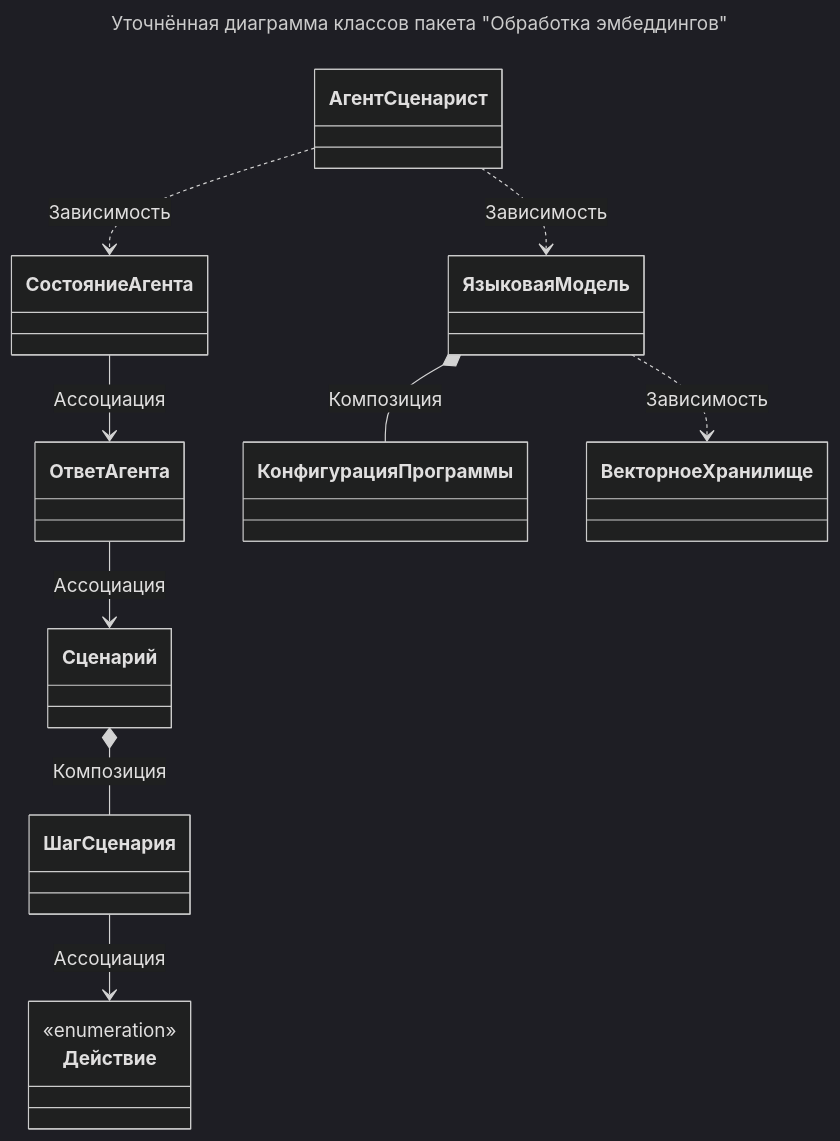
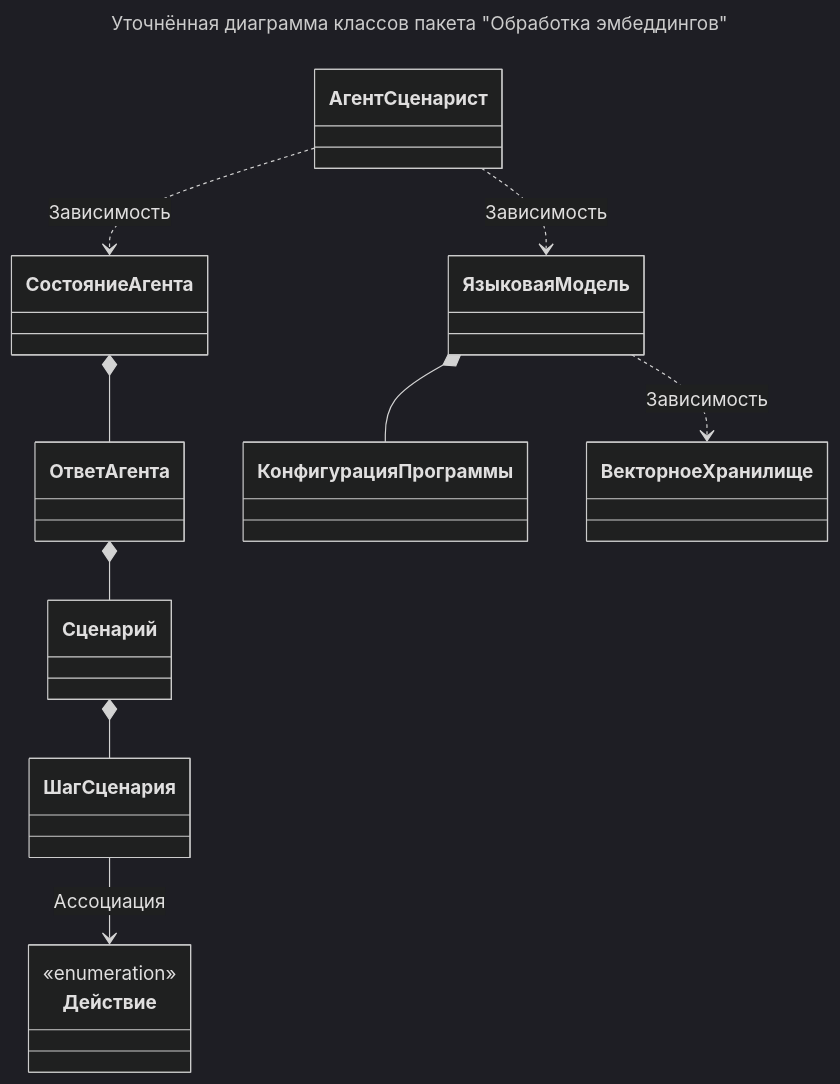
One commit to CHSU-scenarAIst/diagrammy changed the second of 2 diagrams in Пакет Обработка эмбеддингов/3. Уточнённая диаграмма классов.md. Above: the diagram before and after it, drawn with Mermaid (dark theme). The commit also changed 18 other files, not shown here.

````diff
--- a/Пакет Обработка эмбеддингов/3. Уточнённая диаграмма классов.md
+++ b/Пакет Обработка эмбеддингов/3. Уточнённая диаграмма классов.md
@@ -45,18 +45,18 @@
 ```mermaid
 ---
 title: Уточнённая диаграмма классов пакета "Обработка эмбеддингов"
 ---
 classDiagram
     АгентСценарист ..> ЯзыковаяМодель : Зависимость
     АгентСценарист ..> СостояниеАгента : Зависимость
-    СостояниеАгента --> ОтветАгента : Ассоциация
-    ОтветАгента --> Сценарий : Ассоциация
-    Сценарий *-- ШагСценария : Композиция
+    СостояниеАгента *-- ОтветАгента
+    ОтветАгента *-- Сценарий
+    Сценарий *-- ШагСценария
     ШагСценария --> Действие : Ассоциация
-    ЯзыковаяМодель *-- КонфигурацияПрограммы : Композиция
+    ЯзыковаяМодель *-- КонфигурацияПрограммы
     ЯзыковаяМодель ..> ВекторноеХранилище : Зависимость
 
     class Действие {
         <<enumeration>>
     }
 ```
````
